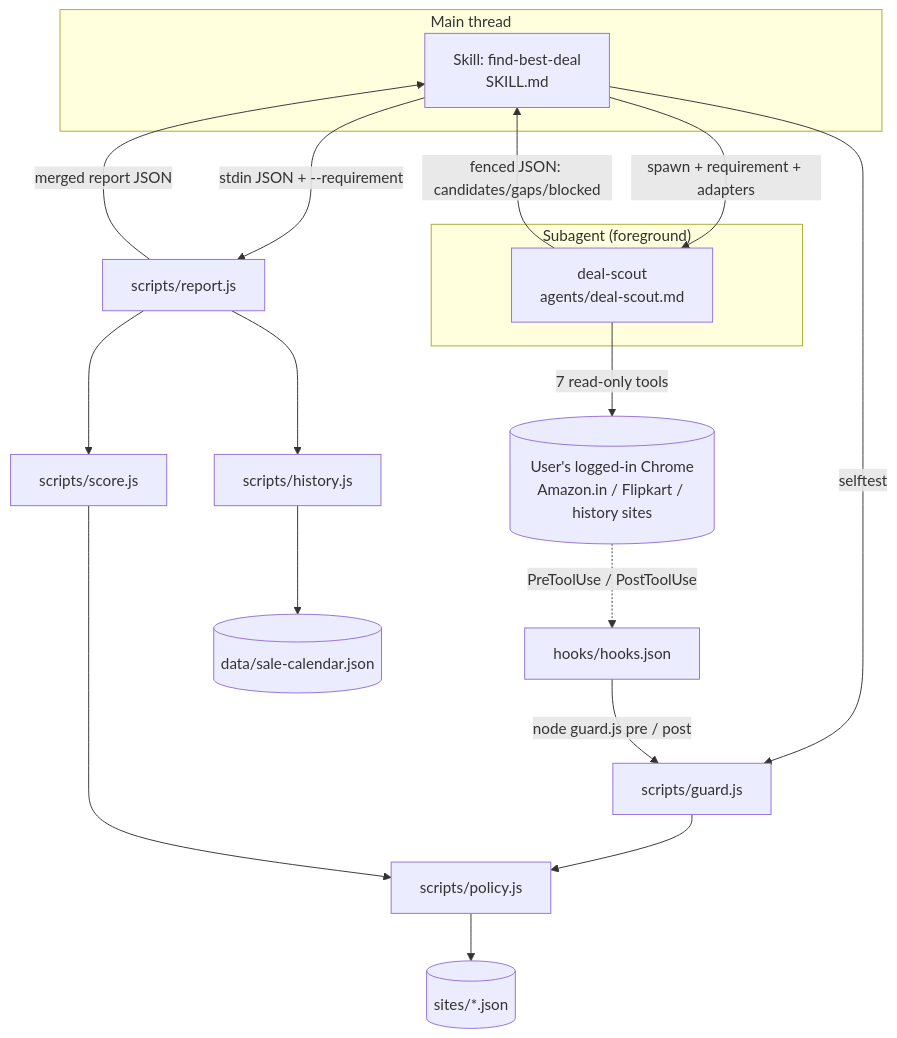
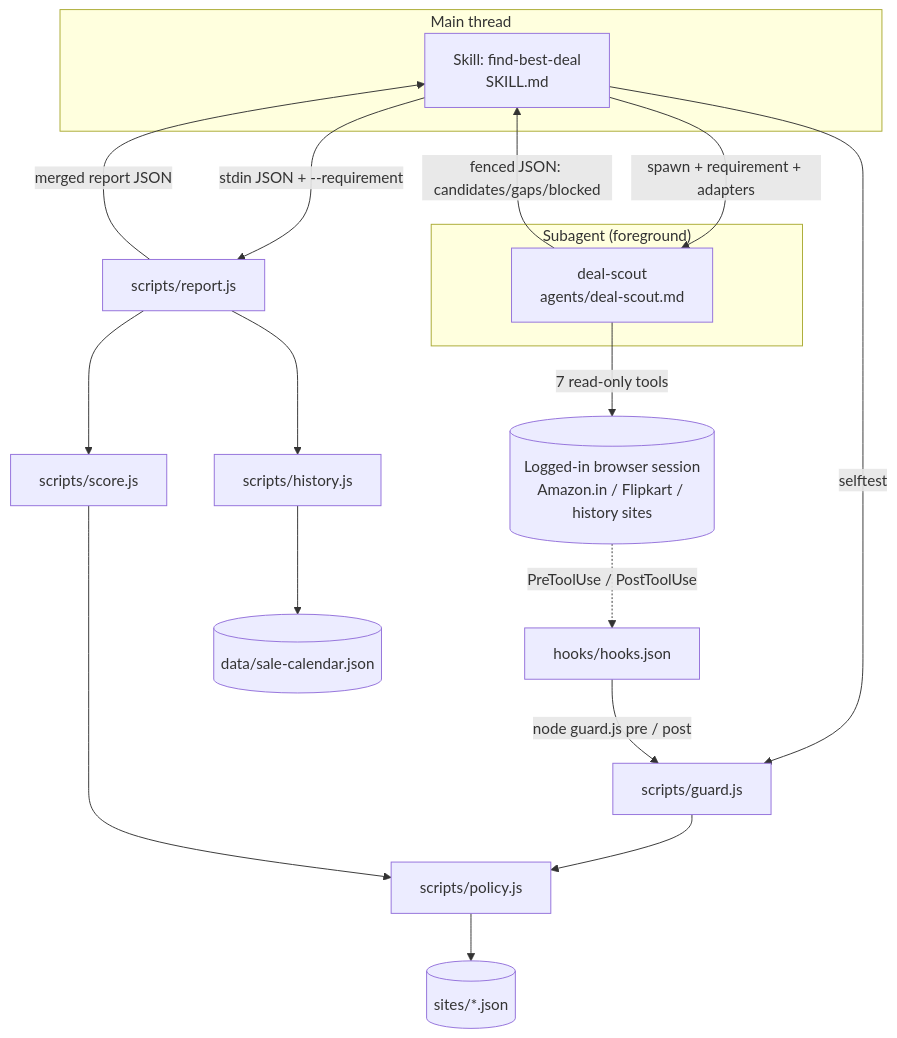
One commit to abhisheksarkar30/claude-deal-scout changed the diagram in docs/context/architecture.md. Above: the diagram before and after it, drawn with Mermaid. The commit also changed other lines of this file and 8 other files, not shown here.

````diff
--- a/docs/context/architecture.md
+++ b/docs/context/architecture.md
@@ -117,35 +120,35 @@
 ```mermaid
 flowchart TB
   subgraph main["Main thread"]
     Skill["Skill: find-best-deal<br/>SKILL.md"]
   end
 
   subgraph agent["Subagent (foreground)"]
     Scout["deal-scout<br/>agents/deal-scout.md"]
   end
 
-  Chrome[("User's logged-in Chrome<br/>Amazon.in / Flipkart / history sites")]
+  Browser[("Logged-in browser session<br/>Amazon.in / Flipkart / history sites")]
   Hook["hooks/hooks.json"]
   Guard["scripts/guard.js"]
   Policy["scripts/policy.js"]
   Adapters[("sites/*.json")]
   Calendar[("data/sale-calendar.json")]
   Report["scripts/report.js"]
   Score["scripts/score.js"]
   History["scripts/history.js"]
 
   Skill -->|"selftest"| Guard
   Skill -->|"spawn + requirement + adapters"| Scout
-  Scout -->|"7 read-only tools"| Chrome
-  Chrome -.->|"PreToolUse / PostToolUse"| Hook
+  Scout -->|"7 read-only tools"| Browser
+  Browser -.->|"PreToolUse / PostToolUse"| Hook
   Hook -->|"node guard.js pre / post"| Guard
   Guard --> Policy
   Policy --> Adapters
   Scout -->|"fenced JSON: candidates/gaps/blocked"| Skill
   Skill -->|"stdin JSON + --requirement"| Report
   Report --> Score
   Report --> History
   Score --> Policy
   History --> Calendar
   Report -->|"merged report JSON"| Skill
 ```
````
